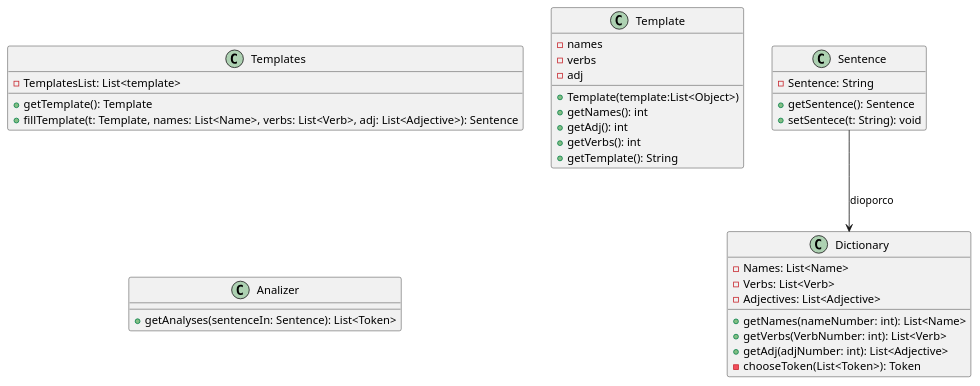
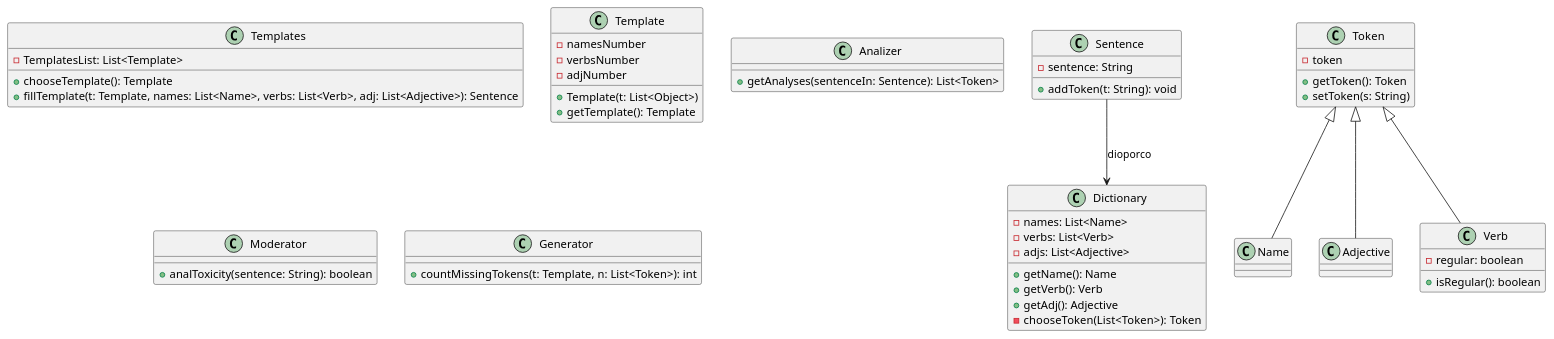
Before and after one commit to FedeRio-Biscotto/nosensegenerator: the diagram in Grafici_UML/ClassDiagrams.puml, drawn with PlantUML. The commit also changed 13 other files, not shown here.

```diff
--- a/Grafici_UML/ClassDiagrams.puml
+++ b/Grafici_UML/ClassDiagrams.puml
@@ -1,48 +1,83 @@
 @startuml
 
 class Sentence{
-    -Sentence: String
-    +getSentence(): Sentence
-    +setSentece(t: String): void
+    -sentence: String
+    '+getSentence(): Sentence
+    '+setSentece(t: String): void
+    +addToken(t: String): void
     
 }
 
 class Dictionary{
-    -Names: List<Name>
-    -Verbs: List<Verb>
-    -Adjectives: List<Adjective>
+    -names: List<Name>
+    -verbs: List<Verb>
+    -adjs: List<Adjective>
     ''+chooseTokens(names: int, verbs: int, adj: int ): List<Token>
-    +getNames(nameNumber: int): List<Name>
-    +getVerbs(VerbNumber: int): List<Verb>
-    +getAdj(adjNumber: int): List<Adjective>
+    'decidere se chiamare il metodo una volta e restituire una lista o chiamarlo tante volte quanti i token
+    '+getNames(nameNumber: int): List<Name>
+    '+getVerbs(VerbNumber: int): List<Verb>
+    '+getAdj(adjNumber: int): List<Adjective>
+    +getName(): Name
+    +getVerb(): Verb
+    +getAdj(): Adjective
     -chooseToken(List<Token>): Token
 }
 
+
+
 class Templates{
-    -TemplatesList: List<template>
-    +getTemplate(): Template
+    'classe che gestisce i template
+    -TemplatesList: List<Template>
+    +chooseTemplate(): Template
     +fillTemplate(t: Template, names: List<Name>, verbs: List<Verb>, adj: List<Adjective>): Sentence
 }
 
 class Template{
-    +Template(template:List<Object>)
-    -names
-    -verbs
-    -adj
-    /'-setNamesNumber()
-    -setAdjsNumber()
-    -setVerbsNumber()'/
-    +getNames(): int
-    +getAdj(): int
-    +getVerbs(): int
-    +getTemplate(): String
+    'Il template è una lista di Stringhe o Token
+    +Template(t: List<Object>)
+    -namesNumber
+    -verbsNumber
+    -adjNumber
+    'è ovvio che dobbiamo mettere i get set, non li metterei nel diagramma che incasinano tutto
+    '-setNamesNumber()
+    '-setAdjsNumber()
+    '-setVerbsNumber()
+    '+getNames(): int
+    '+getAdj(): int
+    '+getVerbs(): int
+    +getTemplate(): Template
 }
+
 
 class Analizer{
     +getAnalyses(sentenceIn: Sentence): List<Token>
+    'metodi per interagire con l'API
 }
 
+class Token{
+    -token
+    +getToken(): Token 
+    +setToken(s: String)
+}
+
+class Name extends Token{}
+class Adjective extends Token{}
+class Verb extends Token{
+    -regular: boolean
+    +isRegular(): boolean
+}
+
+
+class Moderator {
+    +analToxicity(sentence: String): boolean
+    'metodi per comunicare con API toxicity
+}
+
+Class Generator{
+    +countMissingTokens(t: Template, n: List<Token>): int
+    
+}
 
 Sentence --> Dictionary : dioporco
 
 @enduml
```
